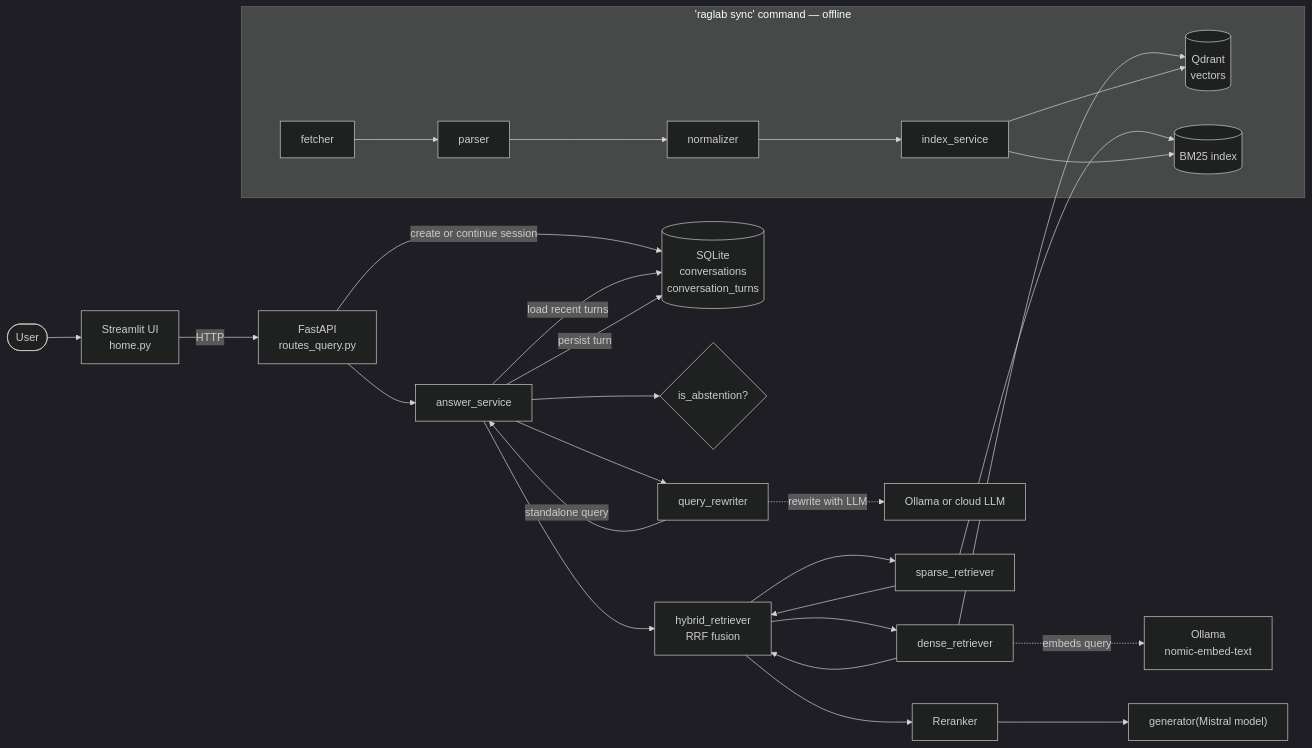
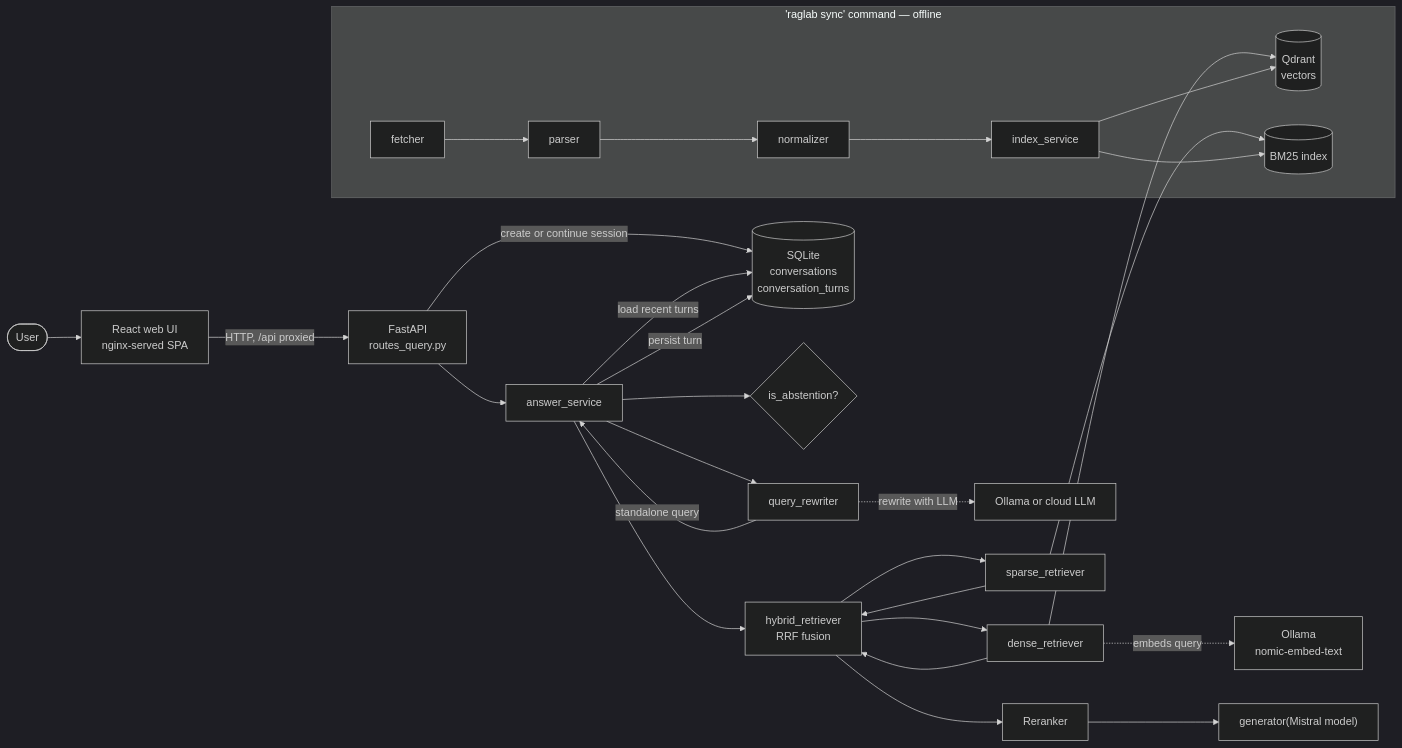
The first of 5 diagrams in docs/architecture.md (r-ome/ph-law-rag), drawn with Mermaid before and after one commit. The commit also changed other lines of this file and 6 other files, not shown here.

First line of the commit message:
docs: refresh architecture/plan/README to the React + nginx topology

````diff
--- a/docs/architecture.md
+++ b/docs/architecture.md
@@ -7,30 +7,30 @@
 ```mermaid
 flowchart LR
 %%{init: {'theme':'dark'}}%%
-User([User]) --> UI[Streamlit UI<br/>home.py]
-UI -->|HTTP| API[FastAPI<br/>routes_query.py]
+User([User]) --> UI[React web UI<br/>nginx-served SPA]
+UI -->|HTTP, /api proxied| API[FastAPI<br/>routes_query.py]
 API -->|create or continue session| Conv[(SQLite<br/>conversations<br/>conversation_turns)]
 API --> AS[answer_service]
 AS -->|load recent turns| Conv
 AS --> Rewriter[query_rewriter]
 Rewriter -->|standalone query| AS
 
 Dense --> Qdrant[(Qdrant<br/>vectors)]
 Sparse --> BM25[(BM25 index)]
 Dense -.embeds query.-> Ollama[Ollama<br/>nomic-embed-text]
 Rewriter -.rewrite with LLM.-> LLM[Ollama or cloud LLM]
 
 AS --> HR[hybrid_retriever<br/>RRF fusion]
 HR --> Dense[dense_retriever] --> HR
 HR --> Sparse[sparse_retriever] --> HR
 HR --> Reranker
 Reranker --> Gen["generator(Mistral model)"]
 AS --> Abstain{is_abstention?}
 AS -->|persist turn| Conv
 
 subgraph Sync["'raglab sync'" command — offline]
     Fetch[fetcher] --> Parse[parser] --> Norm[normalizer] --> Index[index_service]
     Index --> Qdrant
     Index --> BM25
 end
 ```
````
